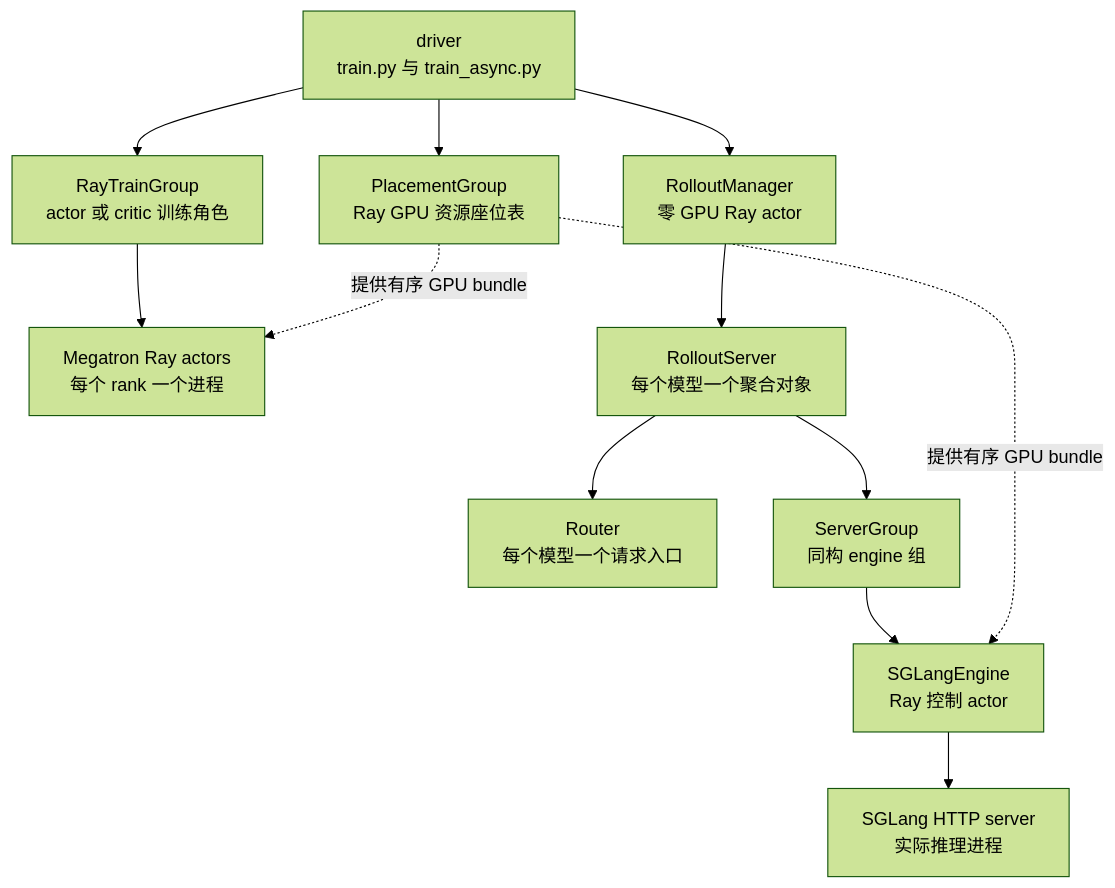
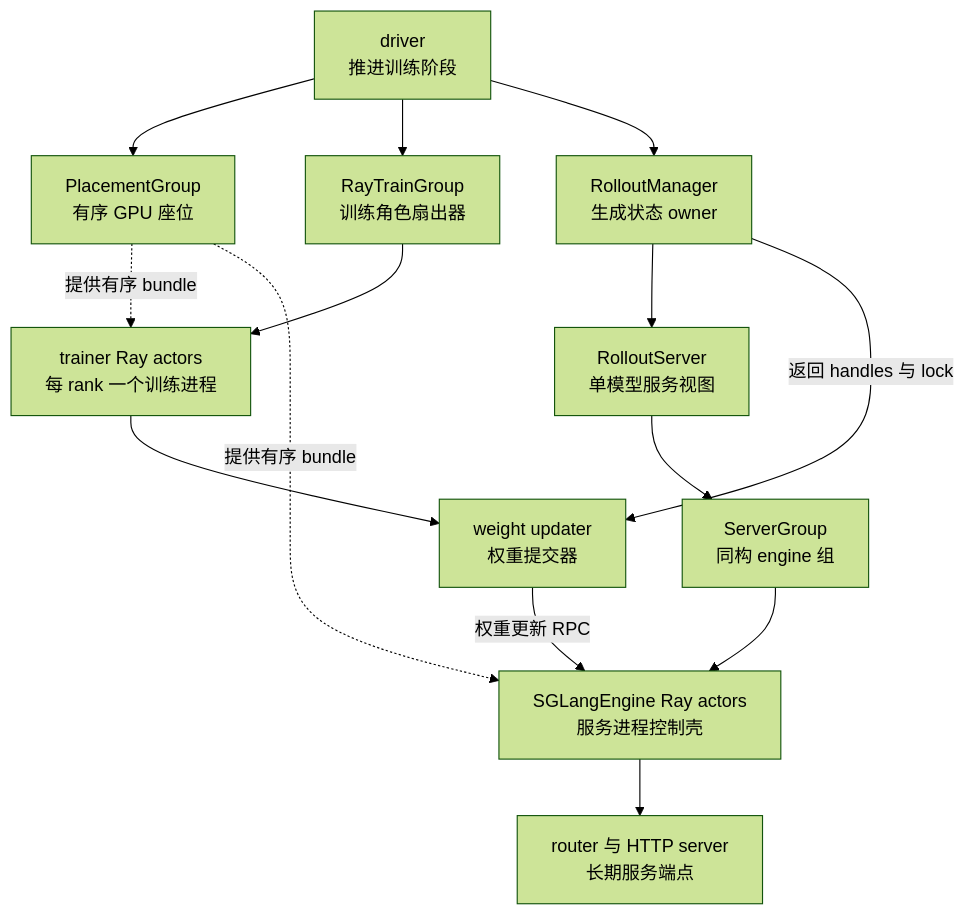
One commit to suhaibo666/llm-knowledge changed the first of 3 diagrams in wiki/02_engineering/04_posttrain_frameworks/slime/11_slime_ray_control_plane_analysis.md. Above: the diagram before and after it, drawn with Mermaid (forest theme). The commit also changed other lines of this file and 2 other files, not shown here.

Commit message:
docs: clarify slime control and engine ownership

````diff
--- a/wiki/02_engineering/04_posttrain_frameworks/slime/11_slime_ray_control_plane_analysis.md
+++ b/wiki/02_engineering/04_posttrain_frameworks/slime/11_slime_ray_control_plane_analysis.md
@@ -11,20 +31,21 @@
 ```mermaid
 flowchart TB
-    D["driver<br/>train.py 与 train_async.py"]
-    PG["PlacementGroup<br/>Ray GPU 资源座位表"]
-    TG["RayTrainGroup<br/>actor 或 critic 训练角色"]
-    TA["Megatron Ray actors<br/>每个 rank 一个进程"]
-    RM["RolloutManager<br/>零 GPU Ray actor"]
-    RS["RolloutServer<br/>每个模型一个聚合对象"]
-    RT["Router<br/>每个模型一个请求入口"]
+    D["driver<br/>推进训练阶段"]
+    PG["PlacementGroup<br/>有序 GPU 座位"]
+    TG["RayTrainGroup<br/>训练角色扇出器"]
+    RM["RolloutManager<br/>生成状态 owner"]
+    RS["RolloutServer<br/>单模型服务视图"]
     SG["ServerGroup<br/>同构 engine 组"]
-    EN["SGLangEngine<br/>Ray 控制 actor"]
-    SP["SGLang HTTP server<br/>实际推理进程"]
+    TA["trainer Ray actors<br/>每 rank 一个训练进程"]
+    EA["SGLangEngine Ray actors<br/>服务进程控制壳"]
+    RT["router 与 HTTP server<br/>长期服务端点"]
+    WU["weight updater<br/>权重提交器"]
     D --> PG
     D --> TG --> TA
-    D --> RM --> RS
-    RS --> RT
-    RS --> SG --> EN --> SP
-    PG -.->|提供有序 GPU bundle| TA
-    PG -.->|提供有序 GPU bundle| EN
+    D --> RM --> RS --> SG --> EA --> RT
+    PG -.->|提供有序 bundle| TA
+    PG -.->|提供有序 bundle| EA
+    TA --> WU
+    WU -->|权重更新 RPC| EA
+    RM -->|返回 handles 与 lock| WU
 ```
````
